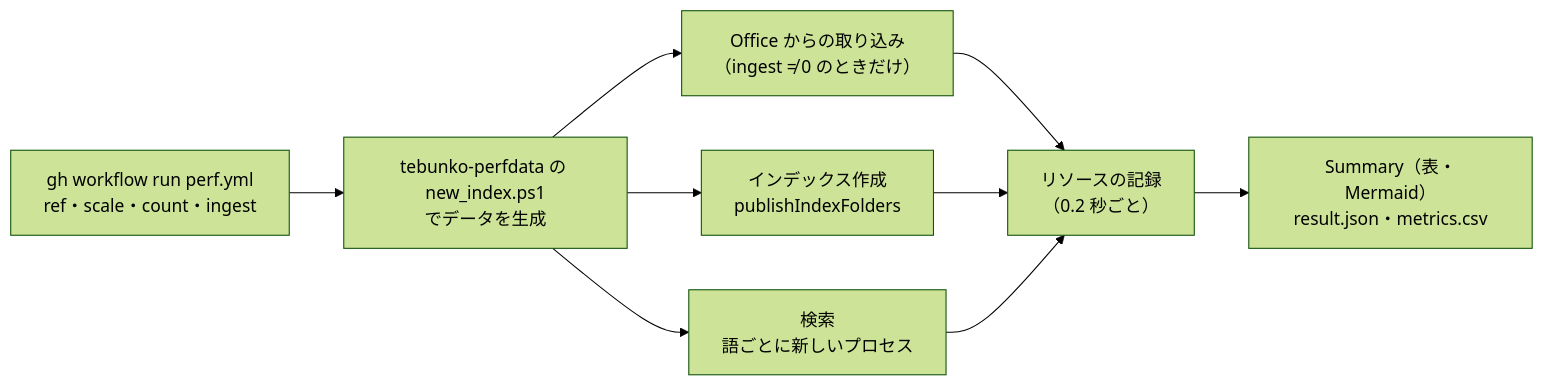
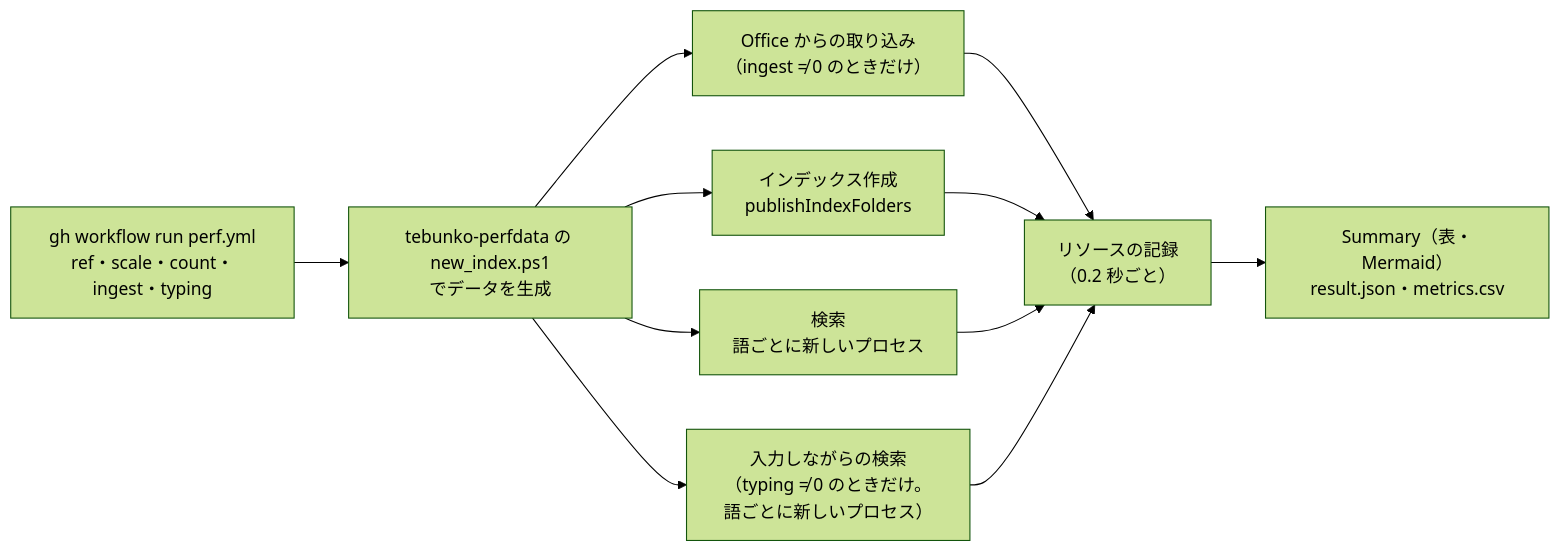
Before and after one commit to hsgwa/tebunko: the diagram in docs/design/testing/perf.md, drawn with Mermaid (forest theme). The commit also changed other lines of this file and 6 other files, not shown here.

````diff
--- a/docs/design/testing/perf.md
+++ b/docs/design/testing/perf.md
@@ -7,9 +7,10 @@
 ```mermaid
 flowchart LR
-    W["gh workflow run perf.yml<br>ref・scale・count・ingest"] --> DATA["tebunko-perfdata の new_index.ps1<br>でデータを生成"]
+    W["gh workflow run perf.yml<br>ref・scale・count・ingest・typing"] --> DATA["tebunko-perfdata の new_index.ps1<br>でデータを生成"]
     DATA --> ING["Office からの取り込み<br>（ingest ≠ 0 のときだけ）"]
     DATA --> IDX["インデックス作成<br>publishIndexFolders"]
     DATA --> SEARCH["検索<br>語ごとに新しいプロセス"]
-    ING & IDX & SEARCH --> RES["リソースの記録<br>（0.2 秒ごと）"]
+    DATA --> TYPING["入力しながらの検索<br>（typing ≠ 0 のときだけ。語ごとに新しいプロセス）"]
+    ING & IDX & SEARCH & TYPING --> RES["リソースの記録<br>（0.2 秒ごと）"]
     RES --> OUT["Summary（表・Mermaid）<br>result.json・metrics.csv"]
 ```
````
